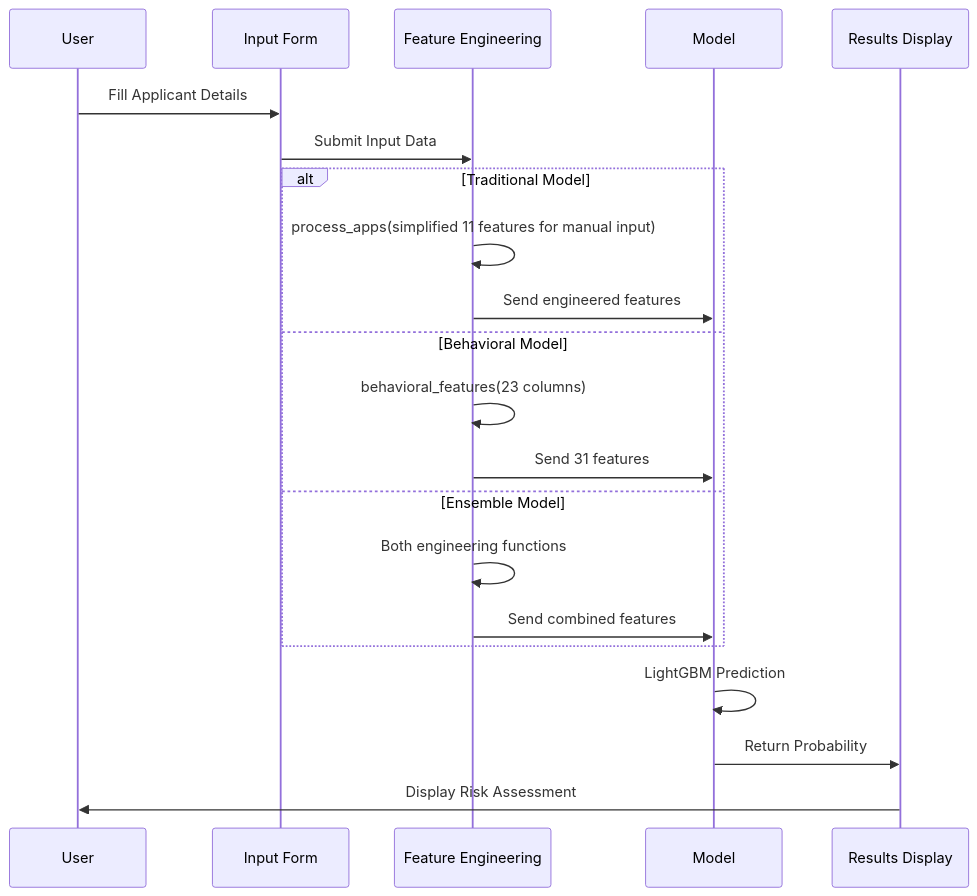
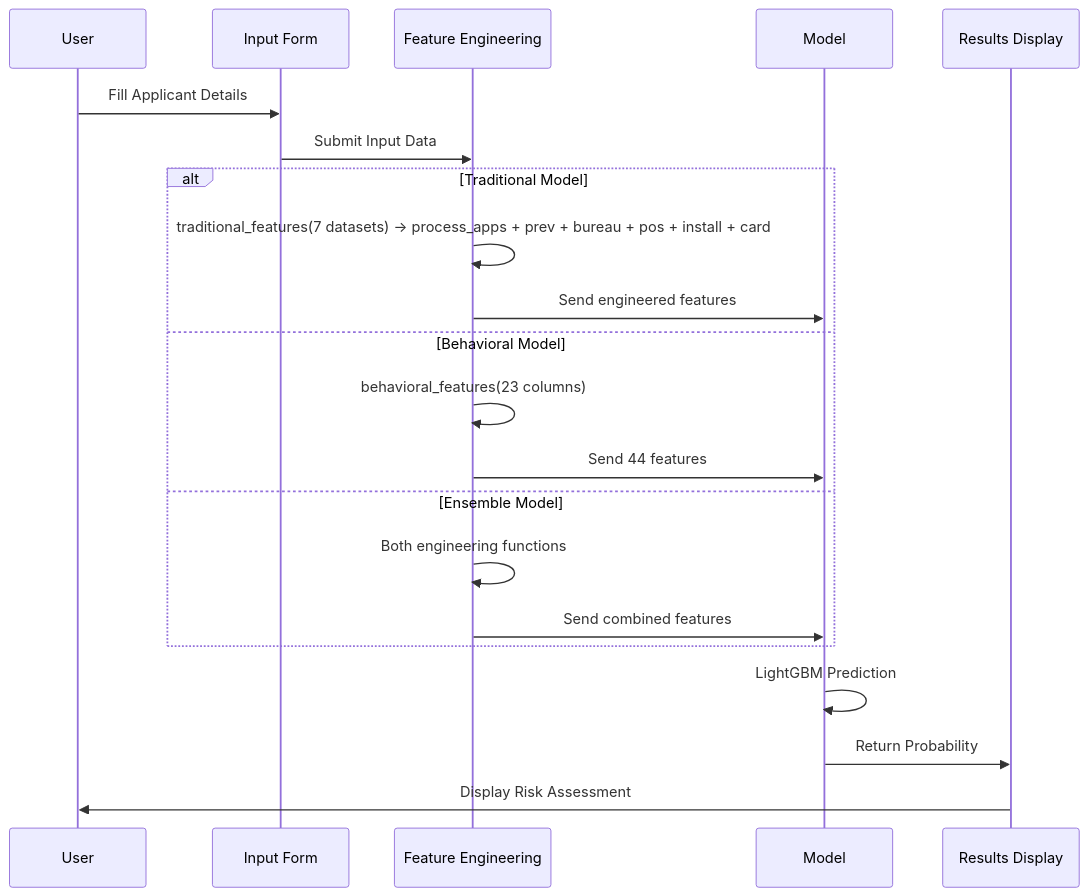
Before and after one commit to walterzenia/A-smart-Loan-default-hybrid-system: the seventh of 22 diagrams in MODEL_ARCHITECTURE_FLOWCHART.md, drawn with Mermaid. The commit also changed other lines of this file and 9 other files, not shown here.

Commit message:
Fix documentation: Correct Traditional model (487 features from 7 datasets) and Behavioral model (44 features: 23 base + 21 engineered) feature counts across all documentation files

````diff
--- a/MODEL_ARCHITECTURE_FLOWCHART.md
+++ b/MODEL_ARCHITECTURE_FLOWCHART.md
@@ -218,26 +218,26 @@
 ```mermaid
 sequenceDiagram
     participant U as User
     participant F as Input Form
     participant FE as Feature Engineering
     participant M as Model
     participant R as Results Display
 
     U->>F: Fill Applicant Details
     F->>FE: Submit Input Data
 
     alt Traditional Model
-        FE->>FE: process_apps(simplified 11 features for manual input)
+        FE->>FE: traditional_features(7 datasets) → process_apps + prev + bureau + pos + install + card
         FE->>M: Send engineered features
     else Behavioral Model
         FE->>FE: behavioral_features(23 columns)
-        FE->>M: Send 31 features
+        FE->>M: Send 44 features
     else Ensemble Model
         FE->>FE: Both engineering functions
         FE->>M: Send combined features
     end
 
     M->>M: LightGBM Prediction
     M->>R: Return Probability
     R->>U: Display Risk Assessment
 ```
````
